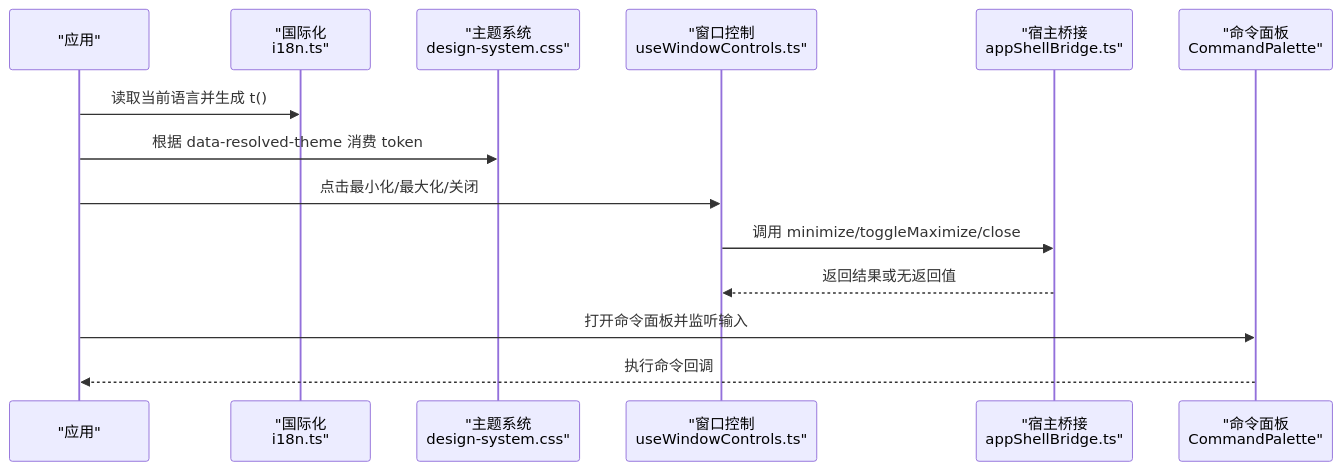
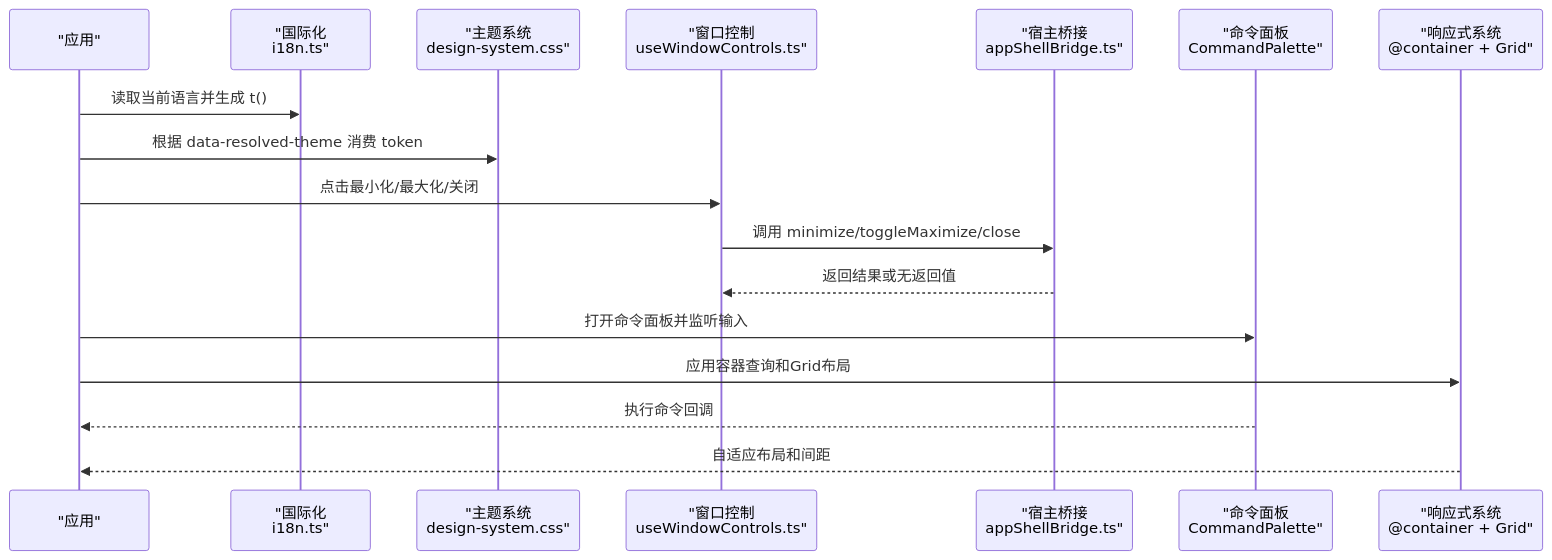
The second of 10 diagrams in .qoder/repowiki/zh/content/架构设计/渲染器架构/UI 特性/UI 特性.md (haolange/RDC-Agent), drawn with Mermaid before and after one commit. The commit also changed other lines of this file and 25 other files, not shown here.

````diff
--- a/.qoder/repowiki/zh/content/架构设计/渲染器架构/UI 特性/UI 特性.md
+++ b/.qoder/repowiki/zh/content/架构设计/渲染器架构/UI 特性/UI 特性.md
@@ -81,16 +107,19 @@
 ```mermaid
 sequenceDiagram
 participant App as "应用"
 participant I18n as "国际化<br/>i18n.ts"
 participant Theme as "主题系统<br/>design-system.css"
 participant WC as "窗口控制<br/>useWindowControls.ts"
 participant Bridge as "宿主桥接<br/>appShellBridge.ts"
 participant CP as "命令面板<br/>CommandPalette"
+participant Responsive as "响应式系统<br/>@container + Grid"
 App->>I18n : 读取当前语言并生成 t()
 App->>Theme : 根据 data-resolved-theme 消费 token
 App->>WC : 点击最小化/最大化/关闭
 WC->>Bridge : 调用 minimize/toggleMaximize/close
 Bridge-->>WC : 返回结果或无返回值
 App->>CP : 打开命令面板并监听输入
+App->>Responsive : 应用容器查询和Grid布局
 CP-->>App : 执行命令回调
+Responsive-->>App : 自适应布局和间距
 ```
````
